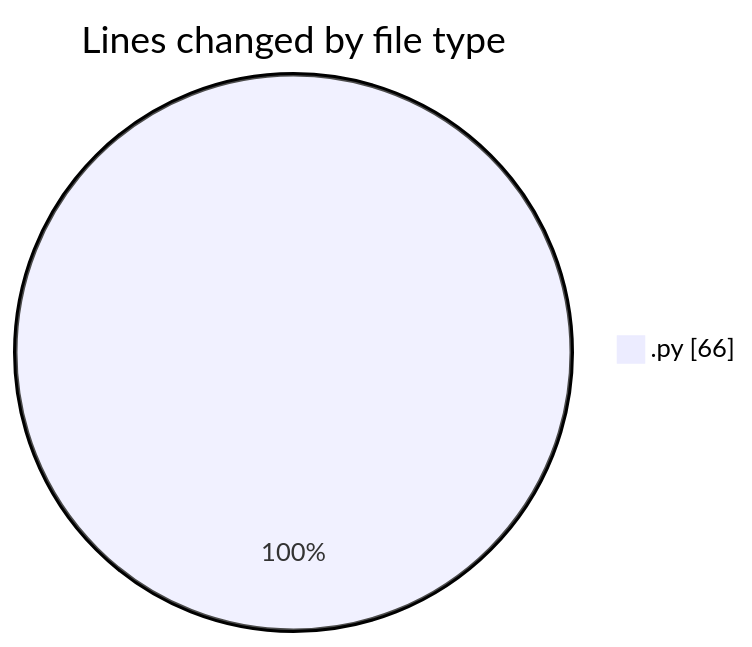
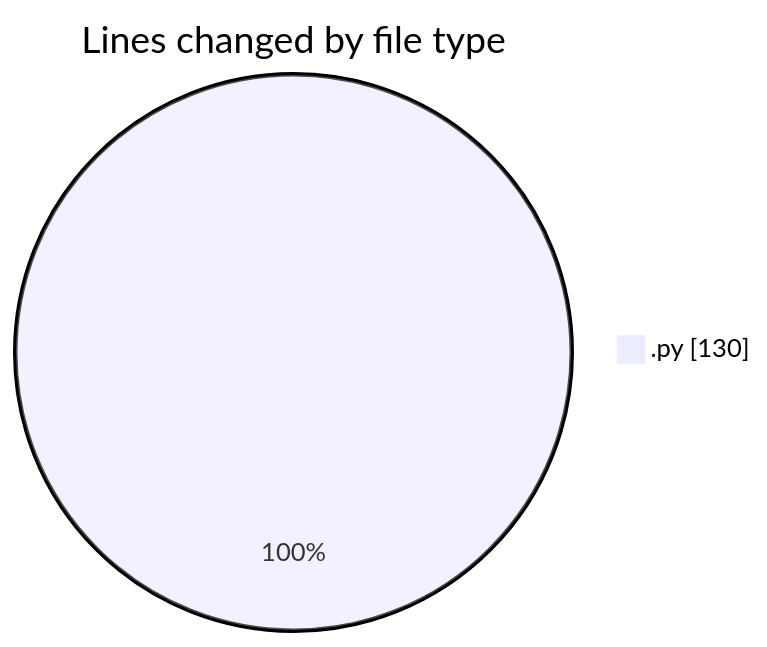
One commit to FelipKnott/code-tracking changed the first of 2 diagrams in 2025-07-02/cursor/README.md. Above: the diagram before and after it, drawn with Mermaid. The commit also changed other lines of this file and 1 other file, not shown here.

````diff
--- a/2025-07-02/cursor/README.md
+++ b/2025-07-02/cursor/README.md
@@ -20,5 +21,5 @@
 ```mermaid
 pie showData
 title Lines changed by file type
-".py" : 66
+".py" : 130
 ```
````
